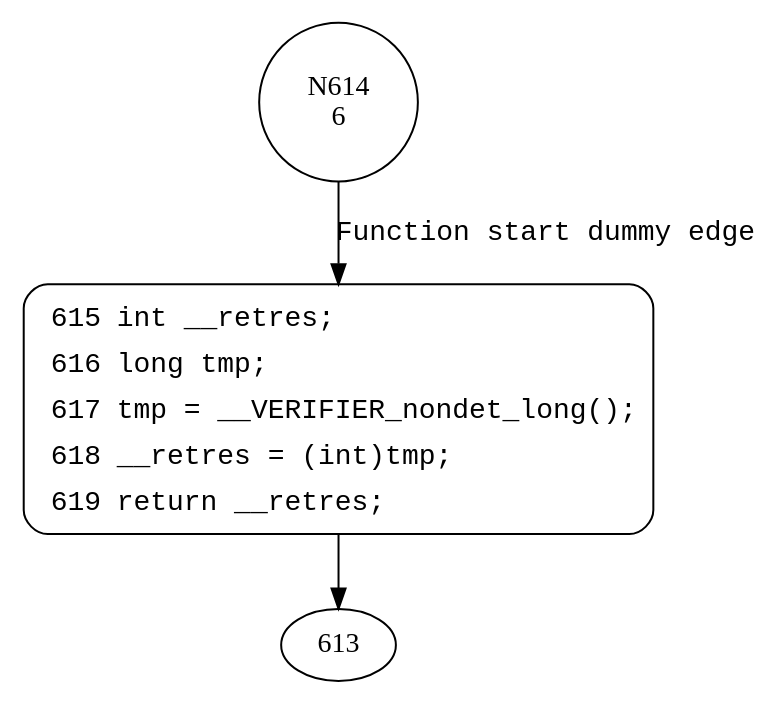
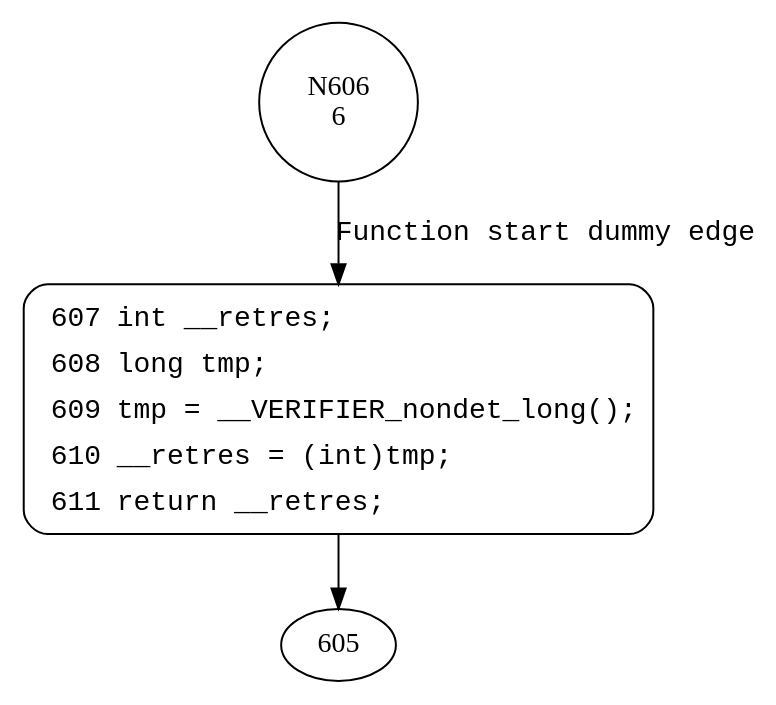
The diagram in Juliet_Test_Copy_1/output/cfa/cfa__ldv_undef_long.dot (rifatbit0401/svcomp), drawn with Graphviz before and after one commit. The commit also changed 73 other files, not shown here.

```diff
--- a/Juliet_Test_Copy_1/output/cfa/cfa__ldv_undef_long.dot
+++ b/Juliet_Test_Copy_1/output/cfa/cfa__ldv_undef_long.dot
@@ -1,7 +1,7 @@
 digraph ldv_undef_long {
-614 [shape="circle" label="N614\n6"]
-615 [shape="circle" label="N615\n5"]
-615 [style="filled,bold" penwidth="1" fillcolor="white" fontname="Courier New" shape="Mrecord" label=<<table border="0" cellborder="0" cellpadding="3" bgcolor="white"><tr><td align="right">615</td><td align="left">int __retres;</td></tr><tr><td align="right">616</td><td align="left">long tmp;</td></tr><tr><td align="right">617</td><td align="left">tmp = __VERIFIER_nondet_long();</td></tr><tr><td align="right">618</td><td align="left">__retres = (int)tmp;</td></tr><tr><td align="right">619</td><td align="left">return __retres;</td></tr></table>>]
-615 -> 613[label=""]
-614 -> 615 [label="Function start dummy edge" fontname="Courier New"]
+606 [shape="circle" label="N606\n6"]
+607 [shape="circle" label="N607\n5"]
+607 [style="filled,bold" penwidth="1" fillcolor="white" fontname="Courier New" shape="Mrecord" label=<<table border="0" cellborder="0" cellpadding="3" bgcolor="white"><tr><td align="right">607</td><td align="left">int __retres;</td></tr><tr><td align="right">608</td><td align="left">long tmp;</td></tr><tr><td align="right">609</td><td align="left">tmp = __VERIFIER_nondet_long();</td></tr><tr><td align="right">610</td><td align="left">__retres = (int)tmp;</td></tr><tr><td align="right">611</td><td align="left">return __retres;</td></tr></table>>]
+607 -> 605[label=""]
+606 -> 607 [label="Function start dummy edge" fontname="Courier New"]
 }
```
